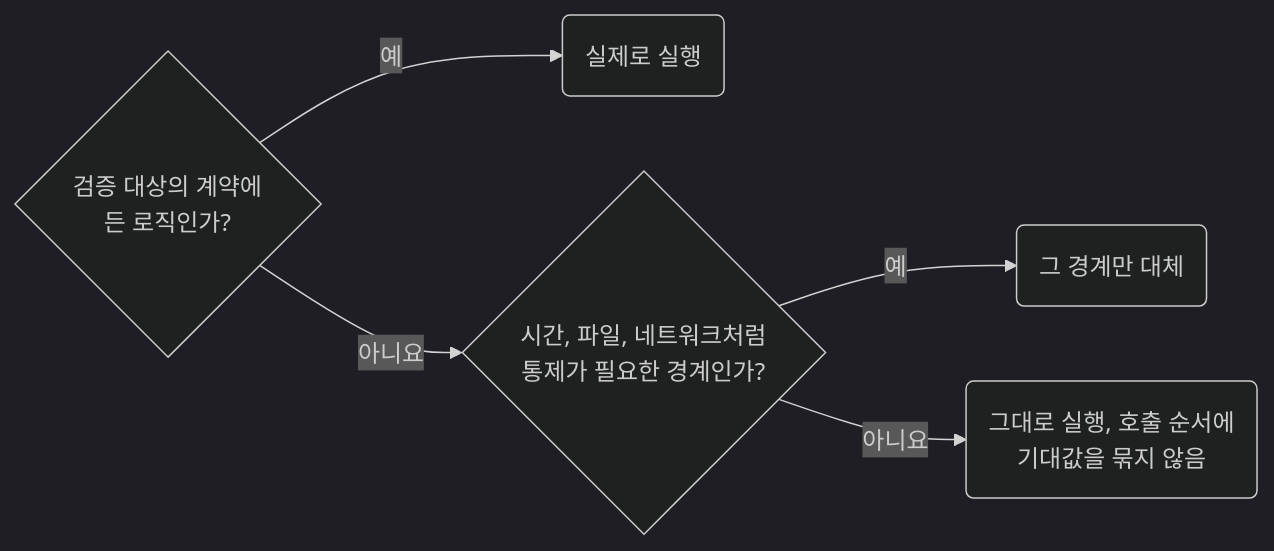
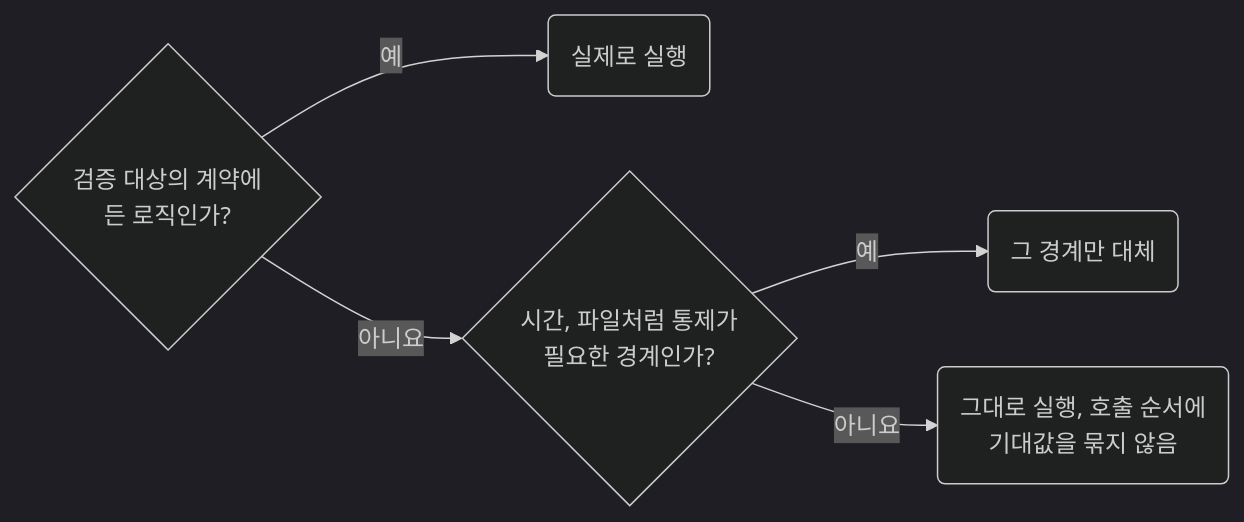
The diagram in skill/testing/rules/04-02-vitest-mock-dependencies-without-replacing-the-subject.md (nomeehej/agent-conventions), drawn with Mermaid (dark theme) before and after one commit. The commit also changed other lines of this file and 60 other files, not shown here.

````diff
--- a/skill/testing/rules/04-02-vitest-mock-dependencies-without-replacing-the-subject.md
+++ b/skill/testing/rules/04-02-vitest-mock-dependencies-without-replacing-the-subject.md
@@ -18,6 +21,6 @@
 ```mermaid
 flowchart LR
 	q1{"검증 대상의 계약에<br>든 로직인가?"} -- 예 --> r1("실제로 실행")
-	q1 -- 아니요 --> q2{"시간, 파일, 네트워크처럼<br>통제가 필요한 경계인가?"} -- 예 --> r2("그 경계만 대체")
+	q1 -- 아니요 --> q2{"시간, 파일처럼 통제가<br>필요한 경계인가?"} -- 예 --> r2("그 경계만 대체")
 	q2 -- 아니요 --> r3("그대로 실행, 호출 순서에<br>기대값을 묶지 않음")
 ```
````
